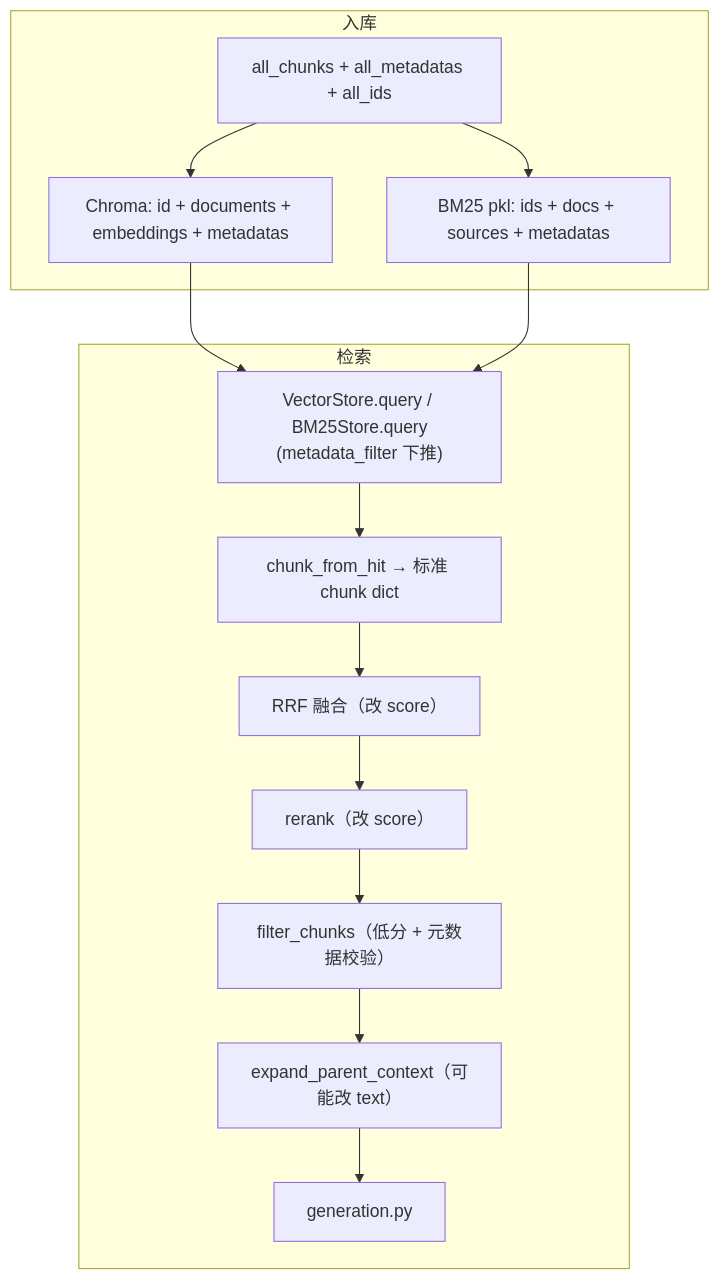
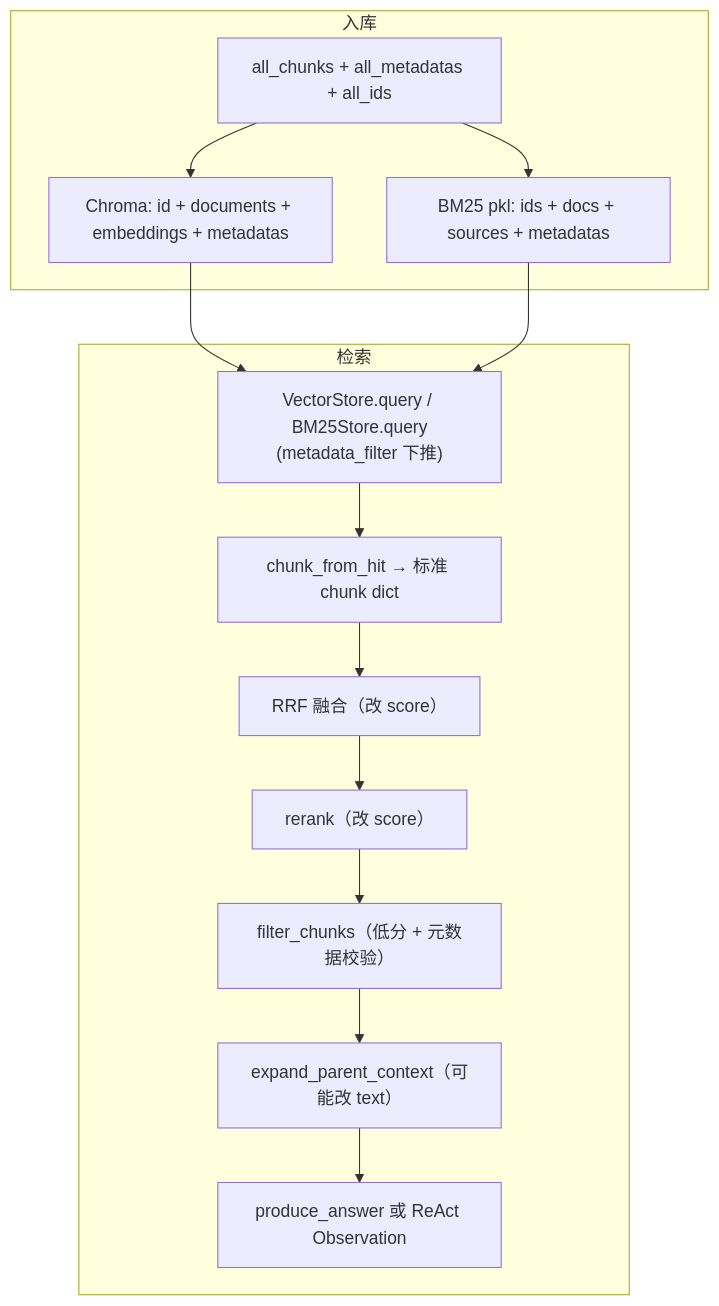
One commit to Issho-lin/rag-knowledge-assistant changed the diagram in docs/chunk-data-model.md. Above: the diagram before and after it, drawn with Mermaid. The commit also changed other lines of this file and 77 other files, not shown here.

````diff
--- a/docs/chunk-data-model.md
+++ b/docs/chunk-data-model.md
@@ -198,19 +199,19 @@
 ```mermaid
 flowchart TB
     subgraph ingest["入库"]
         A["all_chunks + all_metadatas + all_ids"] --> B["Chroma: id + documents + embeddings + metadatas"]
         A --> C["BM25 pkl: ids + docs + sources + metadatas"]
     end
 
     subgraph query["检索"]
         D["VectorStore.query / BM25Store.query<br/>(metadata_filter 下推)"] --> E["chunk_from_hit → 标准 chunk dict"]
         E --> F["RRF 融合（改 score）"]
         F --> G["rerank（改 score）"]
         G --> H["filter_chunks（低分 + 元数据校验）"]
         H --> I["expand_parent_context（可能改 text）"]
-        I --> J["generation.py"]
+        I --> J["produce_answer 或 ReAct Observation"]
     end
 
     B --> D
     C --> D
 ```
````
